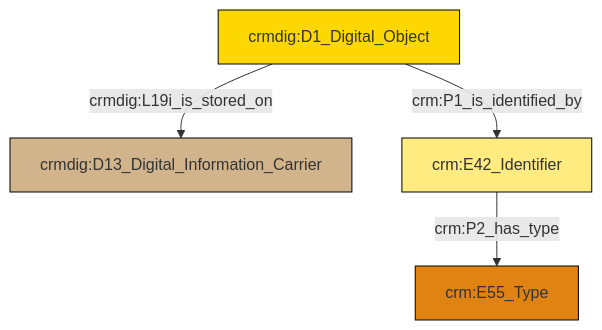
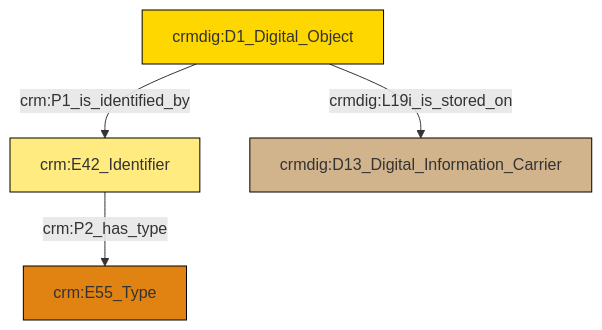
Before and after one commit to swiss-art-research-net/docs.swissartresearch: the diagram in et/doCSV/ttl/mmd/do_location.ttl.mmd, drawn with Mermaid. The commit also changed 210 other files, not shown here.

```diff
--- a/et/doCSV/ttl/mmd/do_location.ttl.mmd
+++ b/et/doCSV/ttl/mmd/do_location.ttl.mmd
@@ -1,18 +1,18 @@
 graph TD
 classDef Literal fill:#f2f2f2,stroke:#000000;
 classDef CRM_Entity fill:#FFFFFF,stroke:#000000;
 classDef Temporal_Entity fill:#00C9E6, stroke:#000000;
 classDef Type fill:#E18312, stroke:#000000;
 classDef Time-Span fill:#2C9C91, stroke:#000000;
 classDef Appellation fill:#FFEB7F, stroke:#000000;
 classDef Place fill:#008836, stroke:#000000;
 classDef Persistent_Item fill:#B266B2, stroke:#000000;
 classDef Conceptual_Object fill:#FFD700, stroke:#000000;
 classDef Physical_Thing fill:#D2B48C, stroke:#000000;
 classDef Actor fill:#f58aad, stroke:#000000;
 classDef PC_Classes fill:#4ce600, stroke:#000000;
 classDef Multi fill:#cccccc,stroke:#000000;
 
-2["crm:E42_Identifier"]:::Appellation -->|crm:P2_has_type| 4["crm:E55_Type"]:::Type
-5["crmdig:D1_Digital_Object"]:::Conceptual_Object -->|crmdig:L19i_is_stored_on| 0["crmdig:D13_Digital_Information_Carrier"]:::Physical_Thing
-5["crmdig:D1_Digital_Object"]:::Conceptual_Object -->|crm:P1_is_identified_by| 2["crm:E42_Identifier"]:::Appellation
+0["crm:E42_Identifier"]:::Appellation -->|crm:P2_has_type| 1["crm:E55_Type"]:::Type
+2["crmdig:D1_Digital_Object"]:::Conceptual_Object -->|crm:P1_is_identified_by| 0["crm:E42_Identifier"]:::Appellation
+2["crmdig:D1_Digital_Object"]:::Conceptual_Object -->|crmdig:L19i_is_stored_on| 3["crmdig:D13_Digital_Information_Carrier"]:::Physical_Thing
```
